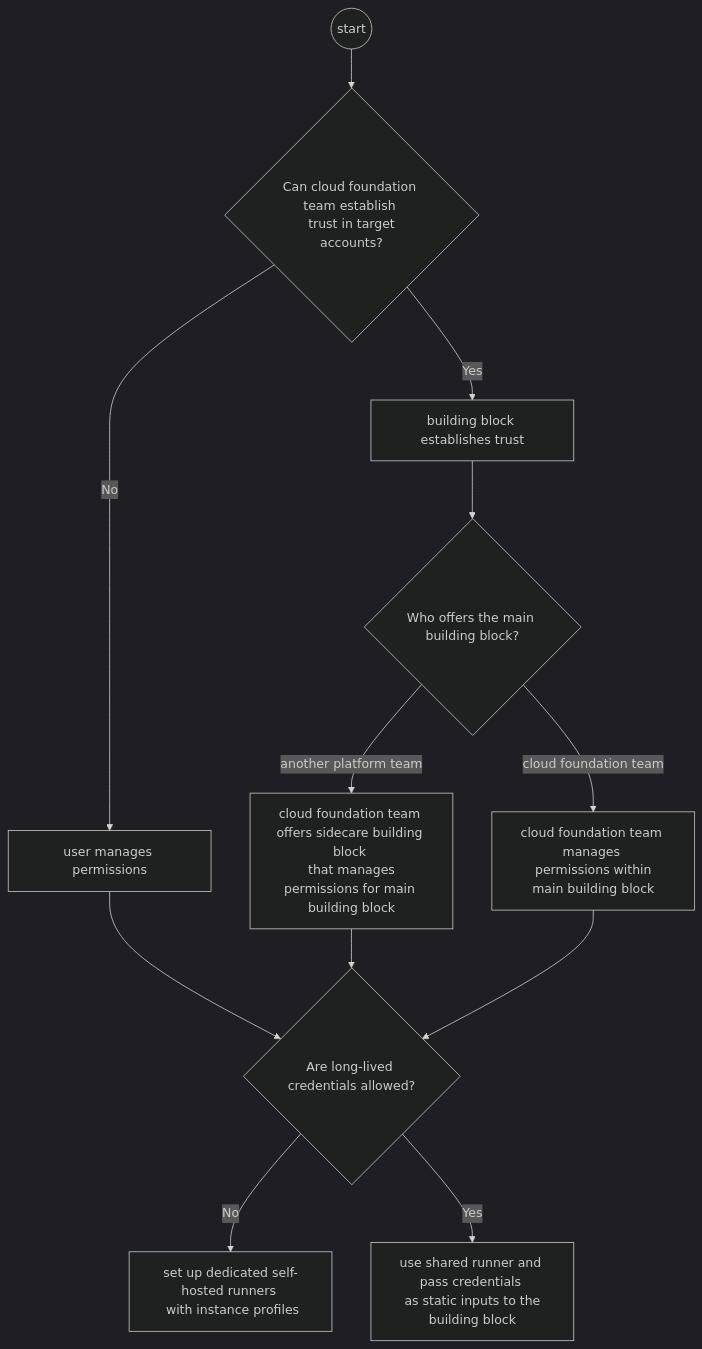
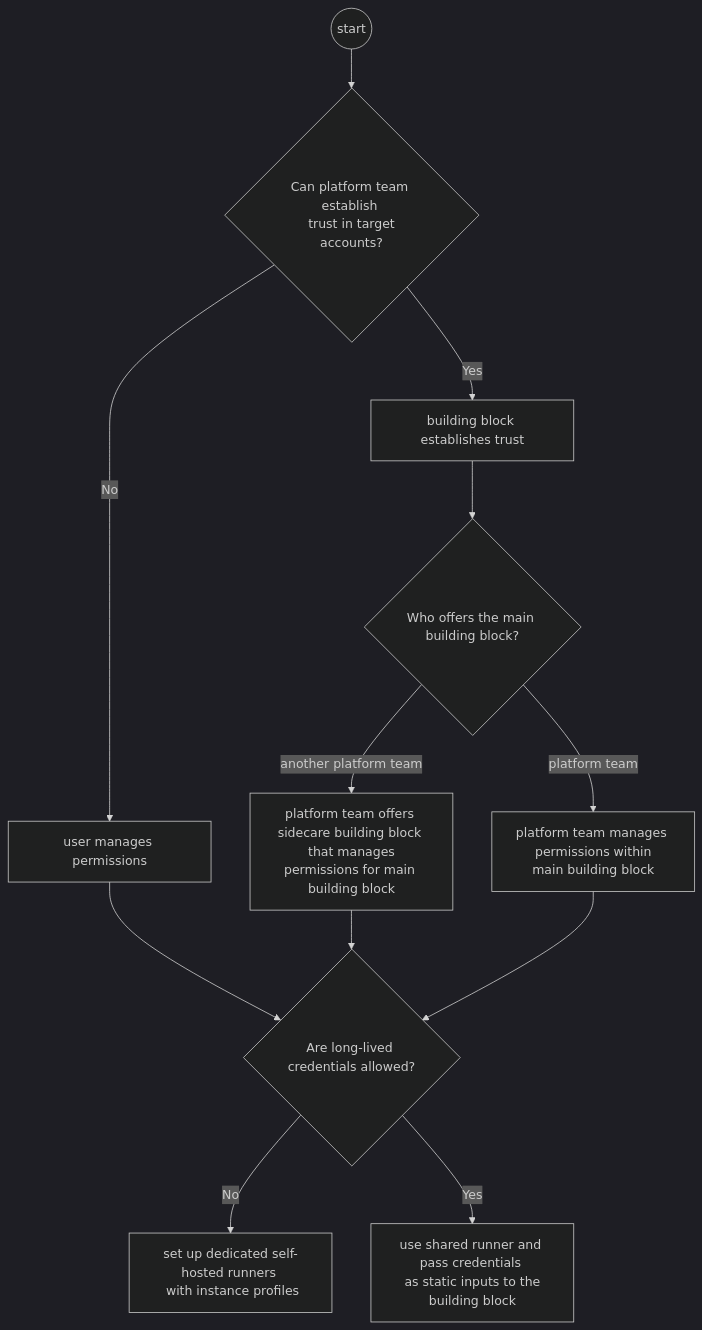
One commit to meshcloud/meshcloud-docs changed the diagram in docs/meshstack.building-blocks.aws-reference-architecture.md. Above: the diagram before and after it, drawn with Mermaid (dark theme). The commit also changed other lines of this file and 3 other files, not shown here.

Commit message:
docs: replace some mentions of cloudfoundation team with platform team

````diff
--- a/docs/meshstack.building-blocks.aws-reference-architecture.md
+++ b/docs/meshstack.building-blocks.aws-reference-architecture.md
@@ -17,24 +17,24 @@
 ```mermaid
 graph TD
 
 start((start))
 start --> trust
 
-trust{Can cloud foundation team establish <br> trust in target accounts?}
+trust{Can platform team establish <br> trust in target accounts?}
 trust -- Yes --> cfManagesPermissions[building block establishes trust]
 trust -- No --> userPermissionSetup[users establish trust]
 
 cfManagesPermissions --> teams
 userPermissionSetup[user manages permissions] --> credentials
 
 teams{Who offers the main building block?}
-teams -- cloud foundation team --> mainbb[cloud foundation team manages <br> permissions within main building block]
-teams -- another platform team --> sidecarbb[cloud foundation team offers sidecare building block <br> that manages permissions for main building block]
+teams -- platform team --> mainbb[platform team manages <br> permissions within main building block]
+teams -- another platform team --> sidecarbb[platform team offers sidecare building block <br> that manages permissions for main building block]
 
 sidecarbb --> credentials
 mainbb --> credentials
 
 credentials{Are long-lived credentials allowed?}
 credentials -- No --> dedicatedRunners[set up dedicated self-hosted runners <br> with instance profiles]
 credentials -- Yes --> sharedRunner[use shared runner and pass credentials <br> as static inputs to the building block] 
 ```
````
